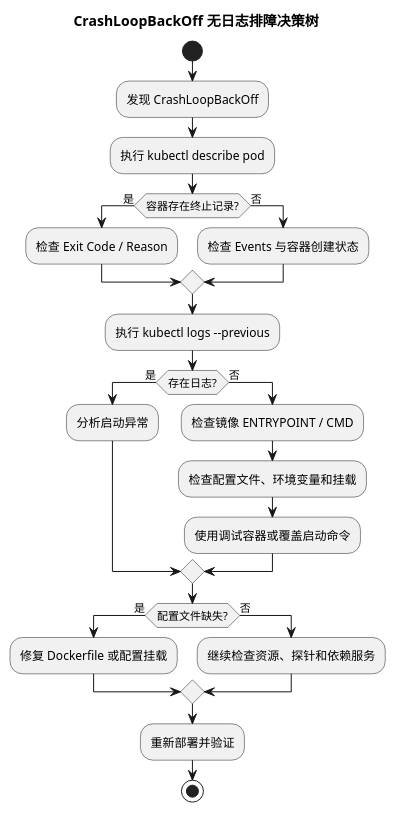
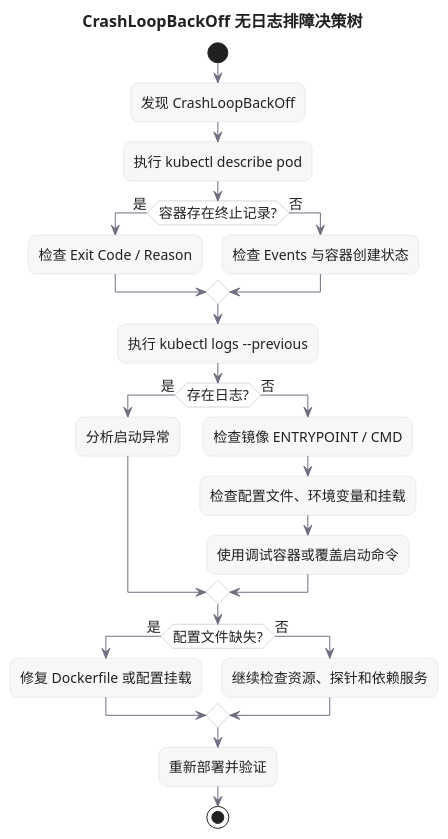
One commit to i-zrhe2016/blog.zrhe2016.cc changed the fourth of 6 diagrams in src/content/posts/kubernetes-crashloopbackoff-no-logs.md. Above: the diagram before and after it, drawn with PlantUML. The commit also changed other lines of this file, not shown here.

````diff
--- a/src/content/posts/kubernetes-crashloopbackoff-no-logs.md
+++ b/src/content/posts/kubernetes-crashloopbackoff-no-logs.md
@@ -123,28 +283,80 @@
 ```plantuml CrashLoopBackOff 无日志排障决策树
 @startuml
+skinparam backgroundColor #FFFFFF
+skinparam shadowing false
+skinparam roundcorner 16
+skinparam defaultFontName "SansSerif"
+skinparam defaultFontSize 14
+skinparam defaultFontColor #202123
+skinparam ArrowColor #6E6E80
+skinparam ArrowThickness 1
+skinparam nodesep 40
+skinparam ranksep 40
+skinparam rectangle {
+  BackgroundColor #F7F7F8
+  BorderColor #D9D9E3
+  FontColor #202123
+}
+skinparam activity {
+  BackgroundColor #F7F7F8
+  BorderColor #D9D9E3
+  FontColor #202123
+  DiamondBackgroundColor #FFFFFF
+  DiamondBorderColor #ACACBE
+  DiamondFontColor #202123
+  StartColor #202123
+  EndColor #202123
+  BarColor #6E6E80
+}
+skinparam sequence {
+  ParticipantBackgroundColor #F7F7F8
+  ParticipantBorderColor #D9D9E3
+  ParticipantFontColor #202123
+  LifeLineBorderColor #ACACBE
+  LifeLineBackgroundColor #FFFFFF
+  ArrowColor #6E6E80
+  ArrowFontColor #202123
+  GroupBackgroundColor #FFFFFF
+  GroupBodyBackgroundColor #FFFFFF
+  GroupBorderColor #D9D9E3
+  GroupFontColor #202123
+}
+skinparam note {
+  BackgroundColor #F7F7F8
+  BorderColor #D9D9E3
+  FontColor #202123
+}
+skinparam file {
+  BackgroundColor #FFFFFF
+  BorderColor #ACACBE
+  FontColor #202123
+}
+skinparam titleFontColor #202123
+skinparam titleFontSize 16
+
 title CrashLoopBackOff 无日志排障决策树
 start
 :发现 CrashLoopBackOff;
 :执行 kubectl describe pod;
 if (容器存在终止记录?) then (是)
   :检查 Exit Code / Reason;
 else (否)
   :检查 Events 与容器创建状态;
 endif
 :执行 kubectl logs --previous;
 if (存在日志?) then (是)
   :分析启动异常;
 else (否)
   :检查镜像 ENTRYPOINT / CMD;
   :检查配置文件、环境变量和挂载;
   :使用调试容器或覆盖启动命令;
 endif
 if (配置文件缺失?) then (是)
   :修复 Dockerfile 或配置挂载;
 else (否)
   :继续检查资源、探针和依赖服务;
 endif
 :重新部署并验证;
 stop
 @enduml
 ```
````
